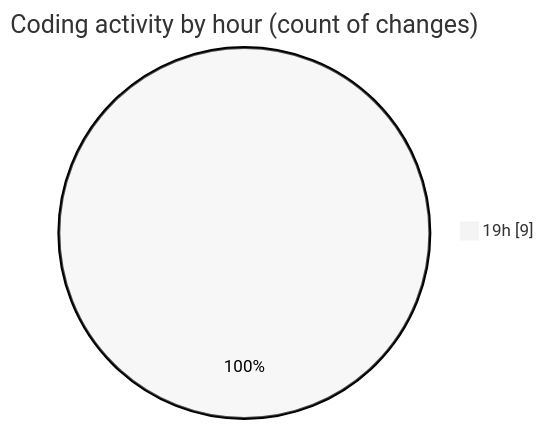
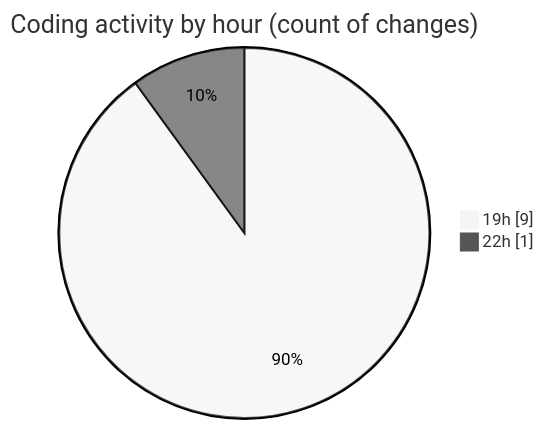
One commit to MatusMokan/code-tracking changed the second of 2 diagrams in 2025-10-07/untitled__workspace_/README.md. Above: the diagram before and after it, drawn with Mermaid (neutral theme). The commit also changed other lines of this file and 1 other file, not shown here.

````diff
--- a/2025-10-07/untitled__workspace_/README.md
+++ b/2025-10-07/untitled__workspace_/README.md
@@ -28,5 +28,6 @@
 ```mermaid
 pie showData
 title Coding activity by hour (count of changes)
 "19h" : 9
+"22h" : 1
 ```
````
